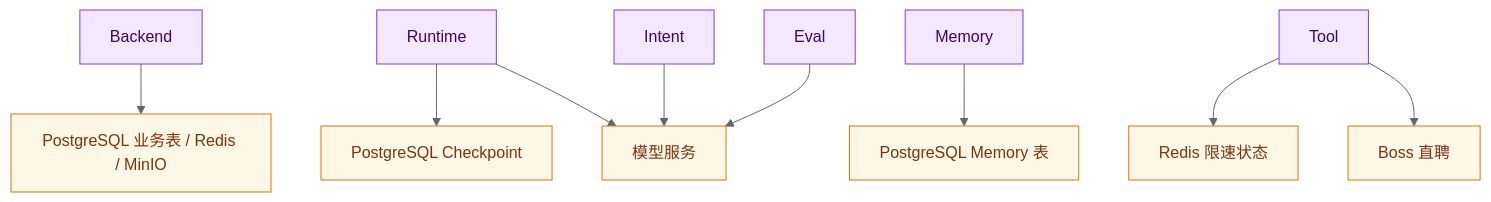
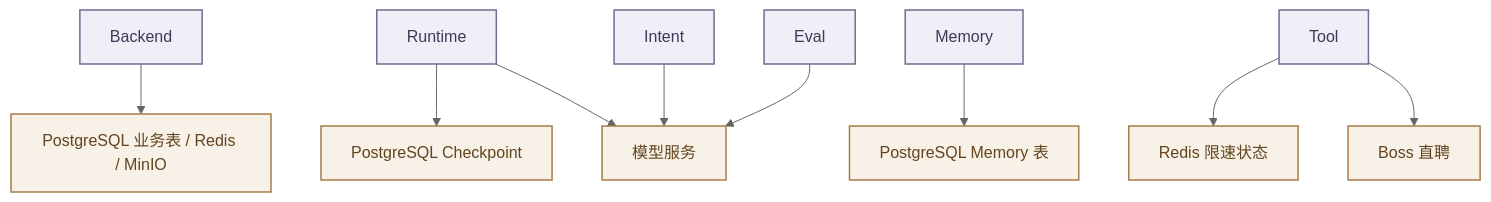
One commit to Logistic98/job-buddy changed the second of 4 diagrams in agent-doc/架构设计/系统架构与核心链路.md. Above: the diagram before and after it, drawn with Mermaid (neutral theme). The commit also changed other lines of this file and 32 other files, not shown here.

Commit message:
docs: align engine context and diagram guidance

````diff
--- a/agent-doc/架构设计/系统架构与核心链路.md
+++ b/agent-doc/架构设计/系统架构与核心链路.md
@@ -67,16 +75,16 @@
 ```mermaid
 graph TD
     BACKEND[Backend] --> BDATA["PostgreSQL 业务表 / Redis / MinIO"]
     RUNTIME[Runtime] --> CHECKPOINT["PostgreSQL Checkpoint"]
     MEMORY[Memory] --> MDATA["PostgreSQL Memory 表"]
     TOOL[Tool] --> TDATA["Redis 限速状态"]
     TOOL --> BOSS["Boss 直聘"]
     RUNTIME --> MODEL[模型服务]
     INTENT[Intent] --> MODEL
     EVAL[Eval] --> MODEL
 
-    classDef service fill:#F3E8FF,stroke:#7C3AED,color:#3B0764;
-    classDef resource fill:#FFF7E6,stroke:#D97706,color:#78350F;
+    classDef service fill:#F0EEF6,stroke:#746A91,color:#403957,stroke-width:1.5px;
+    classDef resource fill:#F8F1E7,stroke:#A67C48,color:#62451F,stroke-width:1.5px;
     class BACKEND,RUNTIME,MEMORY,TOOL,INTENT,EVAL service;
     class BDATA,CHECKPOINT,MDATA,TDATA,MODEL,BOSS resource;
 ```
````
